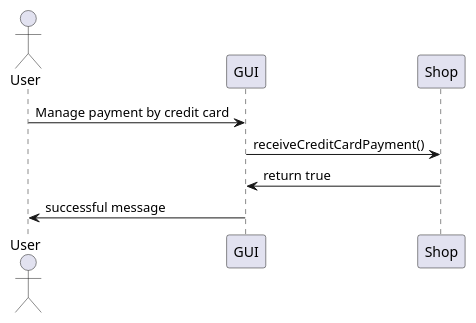
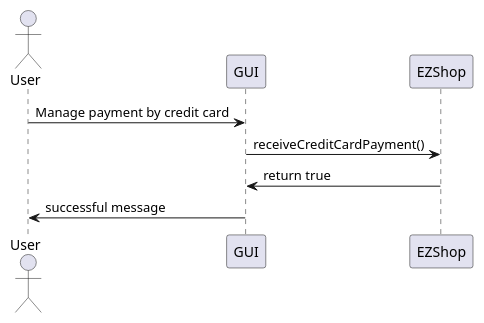
One commit to ThePiromaximus/ezshop changed diagram 15 of 19 in Deliverables/DesignDocument.md. Above: the diagram before and after it, drawn with PlantUML. The commit also changed other lines of this file, not shown here.

````diff
--- a/Deliverables/DesignDocument.md
+++ b/Deliverables/DesignDocument.md
@@ -486,9 +502,9 @@
 ```plantuml
 @startuml
 Actor User as U
 U -> GUI: Manage payment by credit card
-GUI -> Shop: receiveCreditCardPayment()
-GUI <- Shop: return true
+GUI -> EZShop: receiveCreditCardPayment()
+GUI <- EZShop: return true
 U <- GUI: successful message
 @enduml
 ```
````
